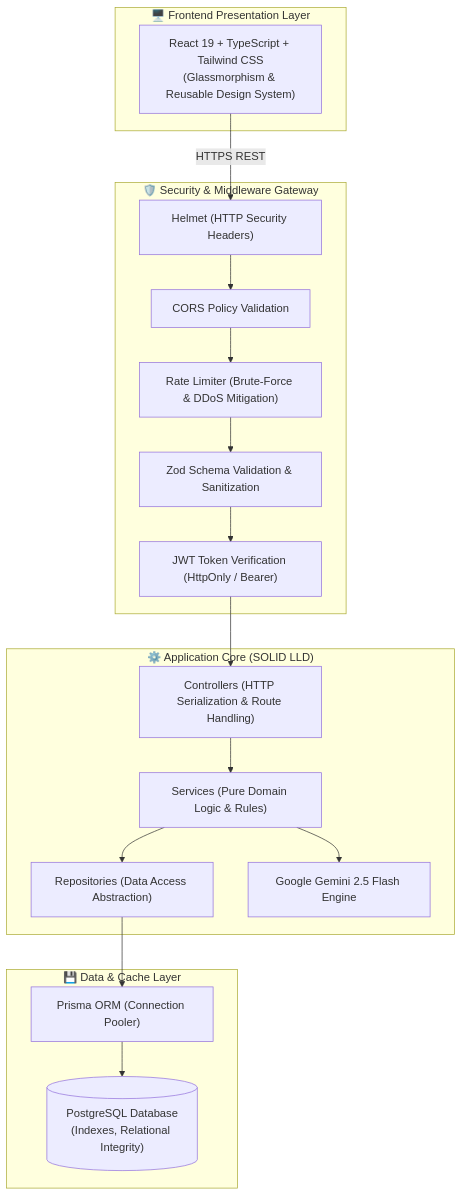
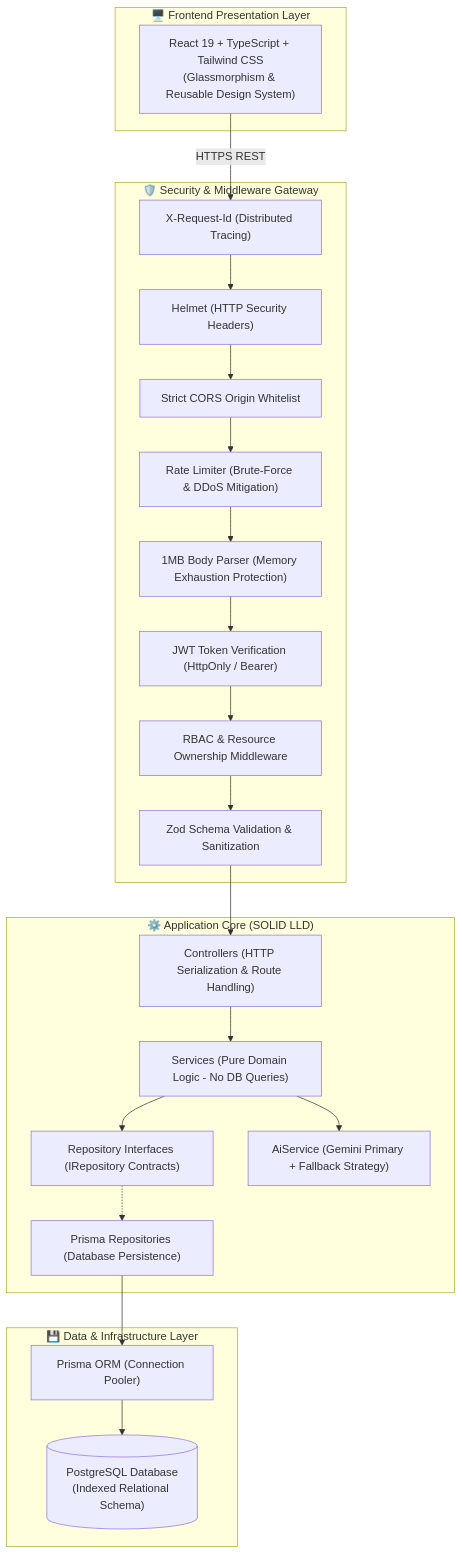
One commit to harshshivharedev/AayuCare changed the diagram in README.md. Above: the diagram before and after it, drawn with Mermaid. The commit also changed other lines of this file and 21 other files, not shown here.

Commit message:
feat: complete enterprise hardening with strict SOLID, RBAC, unit tests, and feature template

````diff
--- a/README.md
+++ b/README.md
@@ -24,34 +26,39 @@
 ```mermaid
 flowchart TD
     subgraph ClientLayer["🖥️ Frontend Presentation Layer"]
         Client["React 19 + TypeScript + Tailwind CSS\n(Glassmorphism & Reusable Design System)"]
     end
 
     subgraph SecurityGateway["🛡️ Security & Middleware Gateway"]
+        ReqId["X-Request-Id (Distributed Tracing)"]
         Helmet["Helmet (HTTP Security Headers)"]
-        CORS["CORS Policy Validation"]
+        CORS["Strict CORS Origin Whitelist"]
         RateLimit["Rate Limiter (Brute-Force & DDoS Mitigation)"]
+        BodyLimit["1MB Body Parser (Memory Exhaustion Protection)"]
+        AuthMiddleware["JWT Token Verification (HttpOnly / Bearer)"]
+        RoleOwnership["RBAC & Resource Ownership Middleware"]
         ZodValidator["Zod Schema Validation & Sanitization"]
-        AuthMiddleware["JWT Token Verification (HttpOnly / Bearer)"]
     end
 
     subgraph BackendCore["⚙️ Application Core (SOLID LLD)"]
         Controller["Controllers (HTTP Serialization & Route Handling)"]
-        Service["Services (Pure Domain Logic & Rules)"]
-        Repo["Repositories (Data Access Abstraction)"]
-        AiEngine["Google Gemini 2.5 Flash Engine"]
+        Service["Services (Pure Domain Logic - No DB Queries)"]
+        RepoContract["Repository Interfaces (IRepository Contracts)"]
+        PrismaRepo["Prisma Repositories (Database Persistence)"]
+        AiEngine["AiService (Gemini Primary + Fallback Strategy)"]
     end
 
-    subgraph PersistenceLayer["💾 Data & Cache Layer"]
+    subgraph PersistenceLayer["💾 Data & Infrastructure Layer"]
         PrismaClient["Prisma ORM (Connection Pooler)"]
-        PostgresDB[("PostgreSQL Database\n(Indexes, Relational Integrity)")]
+        PostgresDB[("PostgreSQL Database\n(Indexed Relational Schema)")]
     end
 
-    Client -->|HTTPS REST| Helmet
-    Helmet --> CORS --> RateLimit --> ZodValidator --> AuthMiddleware
-    AuthMiddleware --> Controller
+    Client -->|HTTPS REST| ReqId
+    ReqId --> Helmet --> CORS --> RateLimit --> BodyLimit --> AuthMiddleware --> RoleOwnership --> ZodValidator
+    ZodValidator --> Controller
     Controller --> Service
-    Service --> Repo
+    Service --> RepoContract
     Service --> AiEngine
-    Repo --> PrismaClient --> PostgresDB
+    RepoContract -.-> PrismaRepo
+    PrismaRepo --> PrismaClient --> PostgresDB
 ```
````
